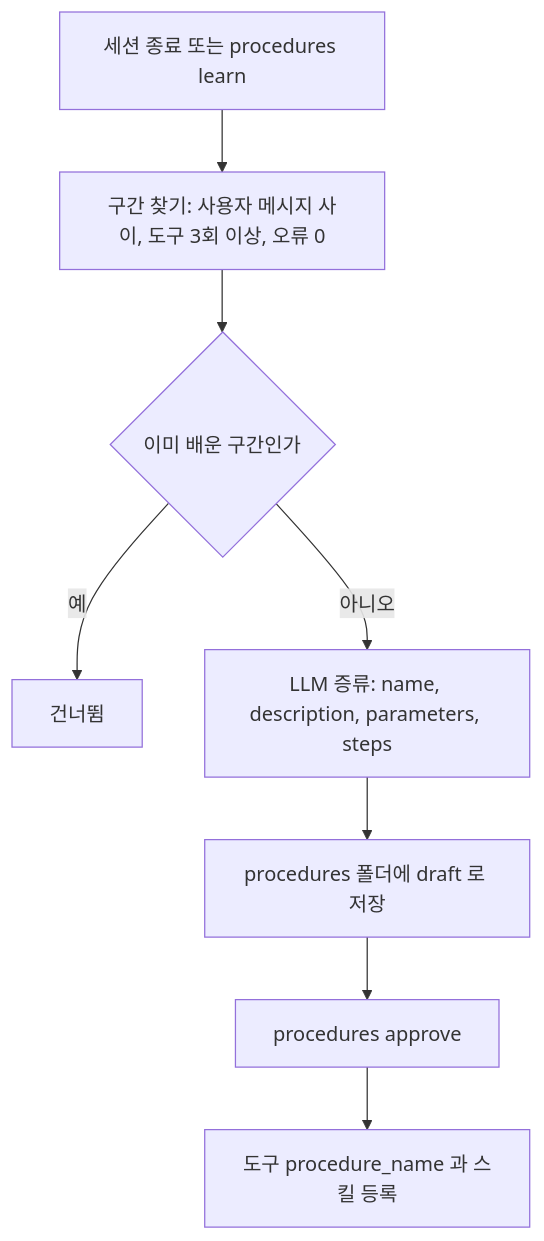
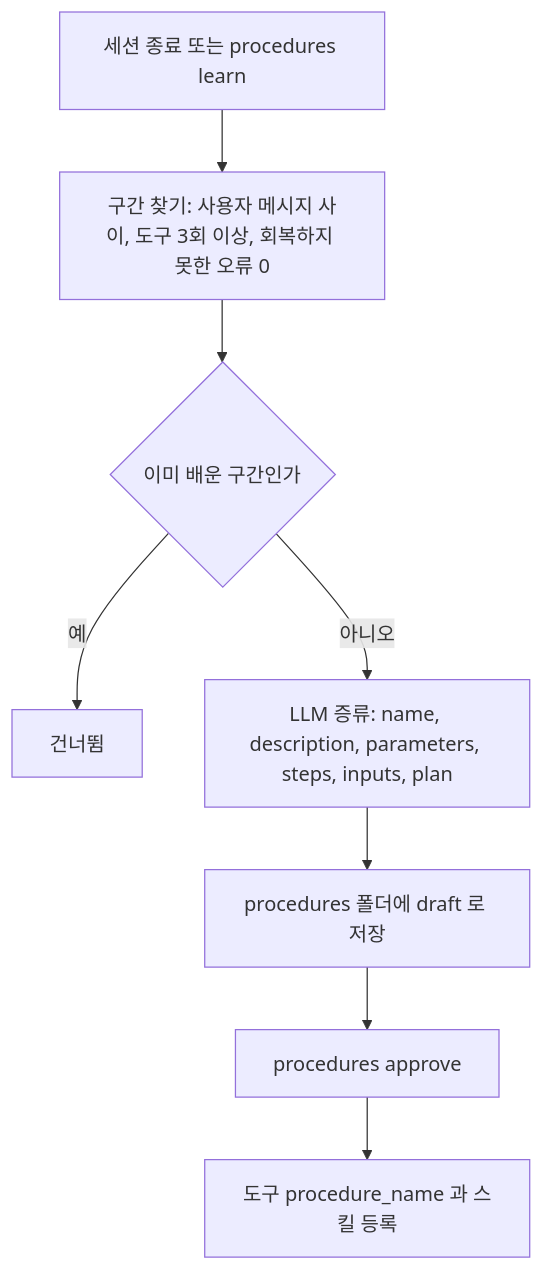
The second of 3 diagrams in website/docs/concepts/conversation/tools-and-approval.md (ash-hun/jarvis-agent), drawn with Mermaid before and after one commit. The commit also changed other lines of this file and 74 other files, not shown here.

````diff
--- a/website/docs/concepts/conversation/tools-and-approval.md
+++ b/website/docs/concepts/conversation/tools-and-approval.md
@@ -107,10 +107,10 @@
 ```mermaid
 flowchart TD
-  S[세션 종료 또는 procedures learn] --> F[구간 찾기: 사용자 메시지 사이, 도구 3회 이상, 오류 0]
+  S[세션 종료 또는 procedures learn] --> F[구간 찾기: 사용자 메시지 사이, 도구 3회 이상, 회복하지 못한 오류 0]
   F --> K{이미 배운 구간인가}
   K -- 예 --> N[건너뜀]
-  K -- 아니오 --> D[LLM 증류: name, description, parameters, steps]
+  K -- 아니오 --> D[LLM 증류: name, description, parameters, steps, inputs, plan]
   D --> W[procedures 폴더에 draft 로 저장]
   W --> A[procedures approve]
   A --> T[도구 procedure_name 과 스킬 등록]
 ```
````
